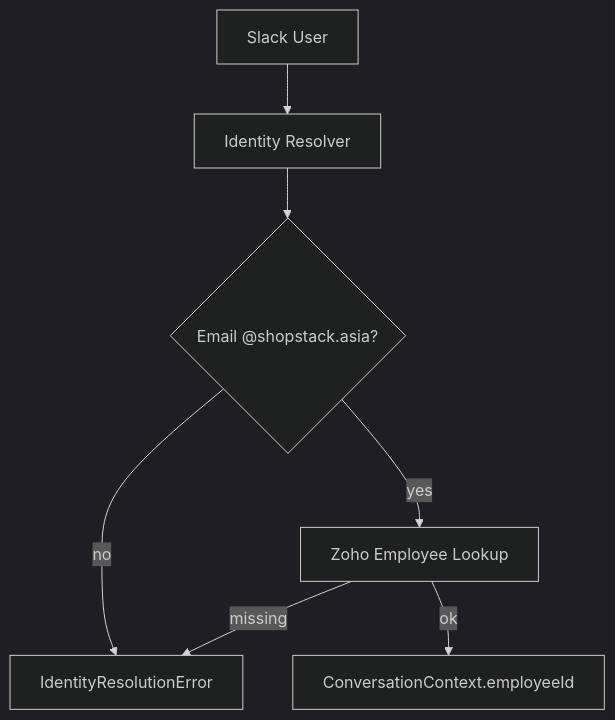
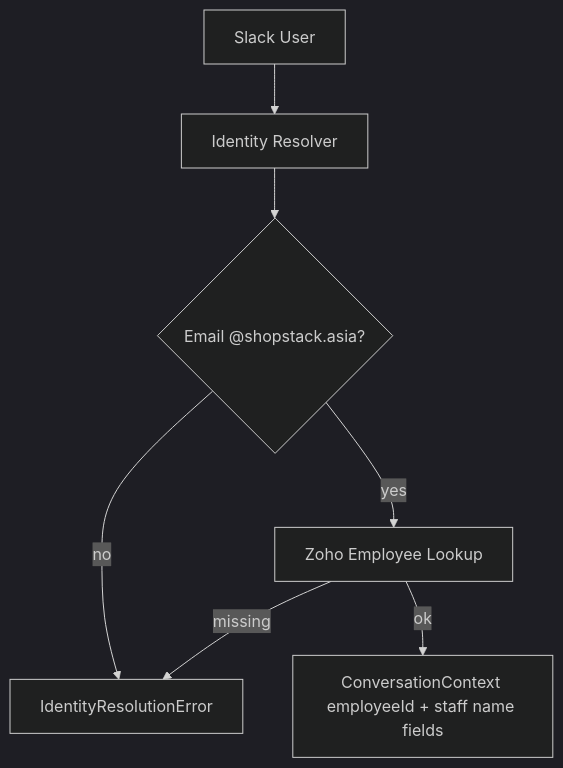
Before and after one commit to shopstack-asia/shopstack-timesheet: the diagram in doc/features/business-tools/Identity Resolution.md, drawn with Mermaid (dark theme). The commit also changed other lines of this file and 37 other files, not shown here.

````diff
--- a/doc/features/business-tools/Identity Resolution.md
+++ b/doc/features/business-tools/Identity Resolution.md
@@ -18,9 +18,9 @@
 ```mermaid
 flowchart TD
   A[Slack User] --> B[Identity Resolver]
   B --> C{Email @shopstack.asia?}
   C -->|no| X[IdentityResolutionError]
   C -->|yes| D[Zoho Employee Lookup]
   D -->|missing| X
-  D -->|ok| E[ConversationContext.employeeId]
+  D -->|ok| E[ConversationContext employeeId + staff name fields]
 ```
````
